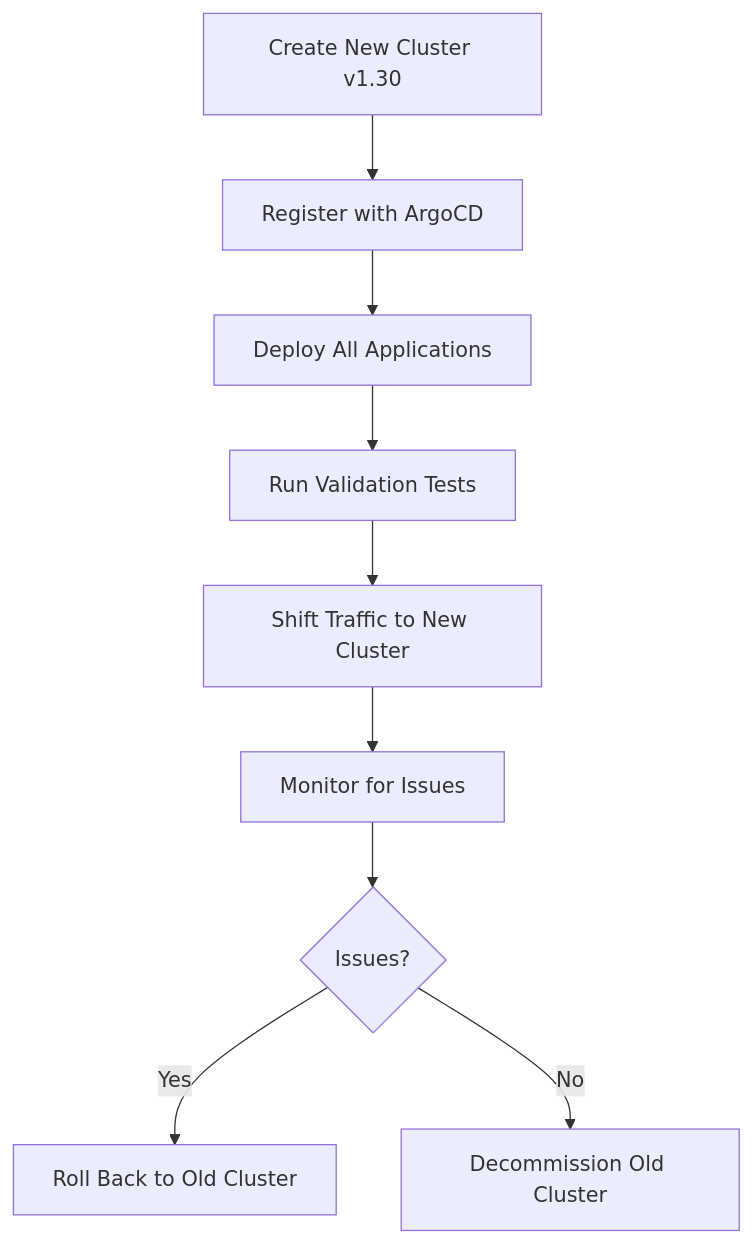
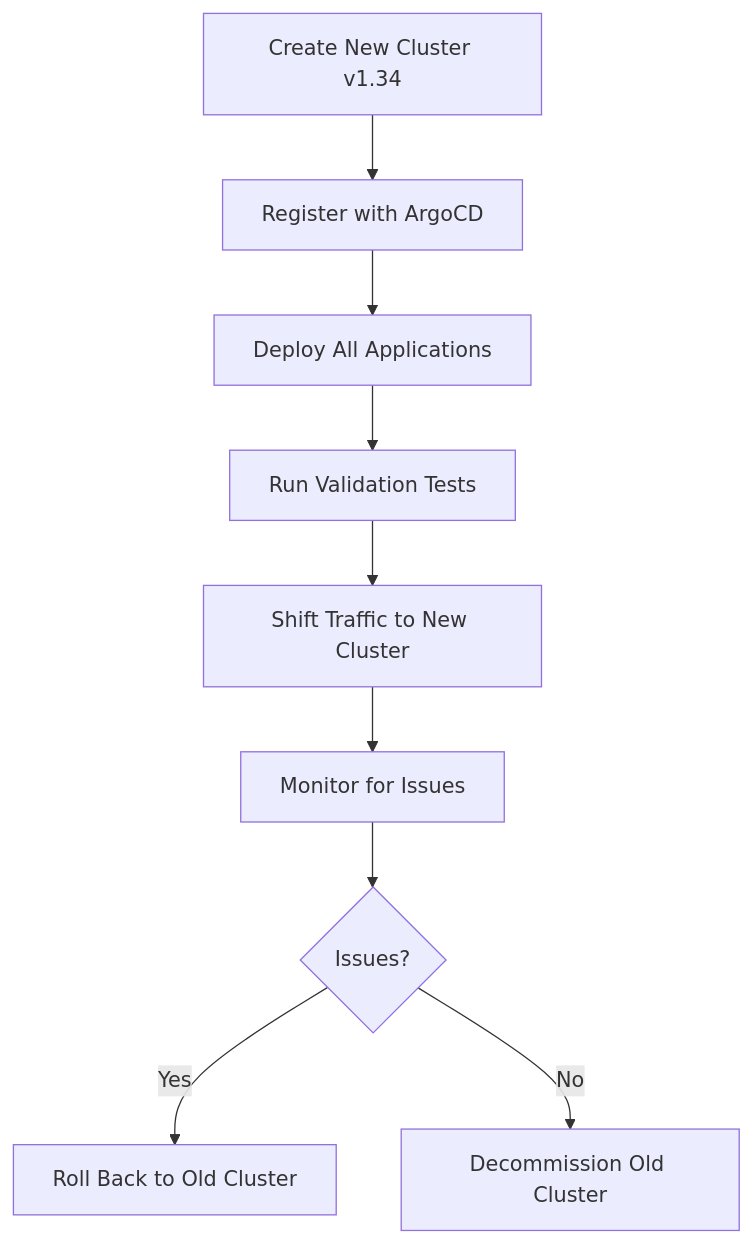
The diagram in posts/2026-02-26-how-to-implement-cluster-upgrades-with-argocd/README.md (OneUptime/blog), drawn with Mermaid before and after one commit. The commit also changed other lines of this file and 2 other files, not shown here.

Commit message:
validate: 2026-02-26-how-to-implement-cluster-upgrades-with-argocd

````diff
--- a/posts/2026-02-26-how-to-implement-cluster-upgrades-with-argocd/README.md
+++ b/posts/2026-02-26-how-to-implement-cluster-upgrades-with-argocd/README.md
@@ -178,11 +191,11 @@
 ```mermaid
 graph TD
-    A[Create New Cluster v1.30] --> B[Register with ArgoCD]
+    A[Create New Cluster v1.34] --> B[Register with ArgoCD]
     B --> C[Deploy All Applications]
     C --> D[Run Validation Tests]
     D --> E[Shift Traffic to New Cluster]
     E --> F[Monitor for Issues]
     F --> G{Issues?}
     G -->|Yes| H[Roll Back to Old Cluster]
     G -->|No| I[Decommission Old Cluster]
 ```
````
